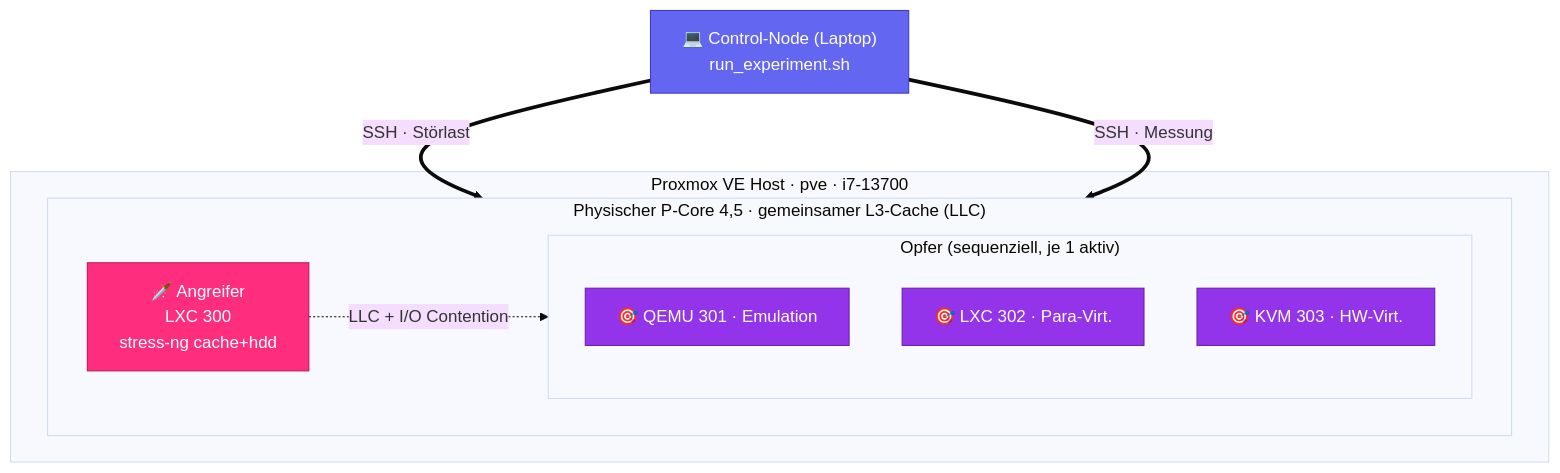
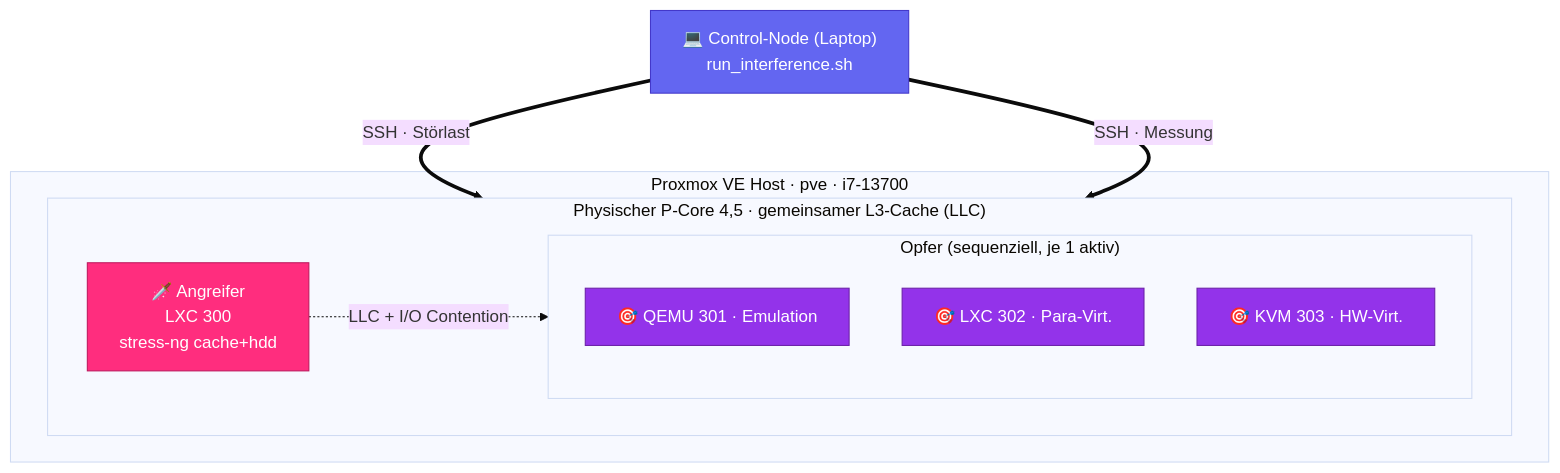
Before and after one commit to mwagner86/Hardware-Sicherheit: the second of 4 diagrams in presentation/slides.md, drawn with Mermaid (base theme). The commit also changed other lines of this file and 31 other files, not shown here.

````diff
--- a/presentation/slides.md
+++ b/presentation/slides.md
@@ -398,25 +398,25 @@
 ```mermaid {scale: 0.62}
 flowchart TB
-  CN["💻 Control-Node (Laptop)<br/>run_experiment.sh"]:::ctl
+  CN["💻 Control-Node (Laptop)<br/>run_interference.sh"]:::ctl
 
   subgraph HOST["Proxmox VE Host · pve · i7-13700"]
     subgraph PCORE["Physischer P-Core 4,5 · gemeinsamer L3-Cache (LLC)"]
       direction LR
       ATT["🗡️ Angreifer<br/>LXC 300<br/>stress-ng cache+hdd"]:::att
       subgraph VIC["Opfer (sequenziell, je 1 aktiv)"]
         direction TB
         VQ["🎯 QEMU 301 · Emulation"]:::vic
         VL["🎯 LXC 302 · Para-Virt."]:::vic
         VK["🎯 KVM 303 · HW-Virt."]:::vic
       end
       ATT -. "LLC + I/O Contention" .-> VIC
     end
   end
 
   CN == "SSH · Störlast" ==> ATT
   CN == "SSH · Messung" ==> VIC
 
   classDef ctl fill:#6366F1,stroke:#4338CA,color:#fff
   classDef att fill:#FF2D7E,stroke:#BE185D,color:#fff
   classDef vic fill:#9333EA,stroke:#6B21A8,color:#fff
 ```
````
